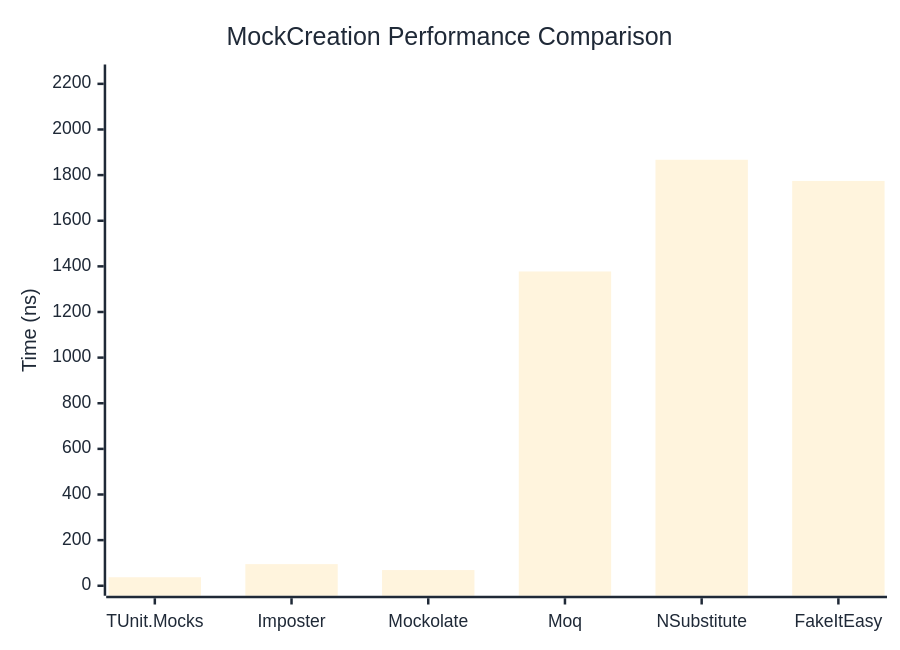
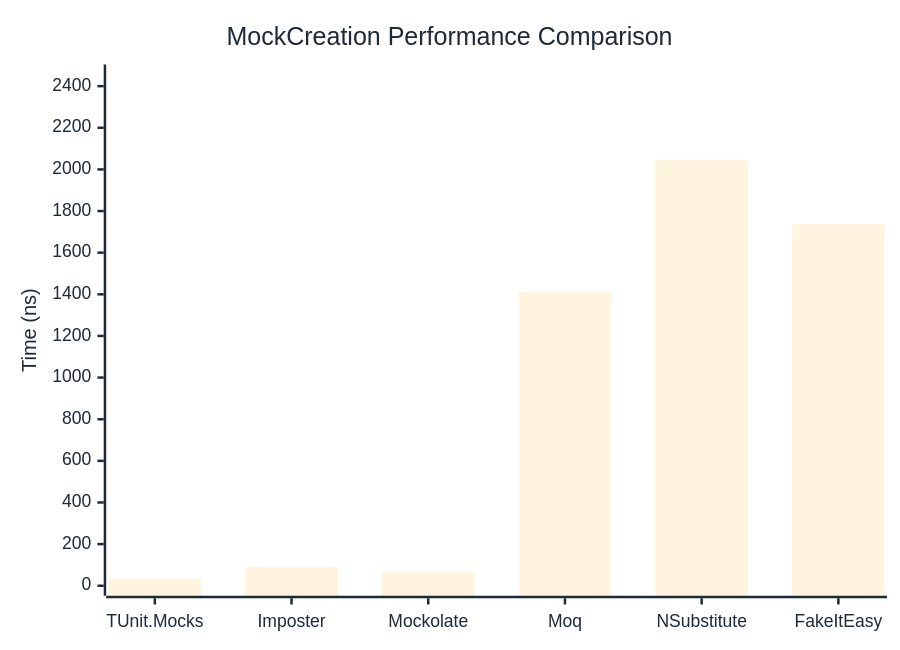
One commit to thomhurst/TUnit changed the first of 2 diagrams in docs/docs/benchmarks/mocks/MockCreation.md. Above: the diagram before and after it, drawn with Mermaid. The commit also changed other lines of this file and 14 other files, not shown here.

````diff
--- a/docs/docs/benchmarks/mocks/MockCreation.md
+++ b/docs/docs/benchmarks/mocks/MockCreation.md
@@ -28,27 +28,27 @@
 ```mermaid
 %%{init: {
   'theme':'base',
   'themeVariables': {
     'primaryColor': '#2563eb',
     'primaryTextColor': '#1f2937',
     'primaryBorderColor': '#1e40af',
     'lineColor': '#6b7280',
     'secondaryColor': '#7c3aed',
     'tertiaryColor': '#dc2626',
     'background': '#ffffff',
     'pie1': '#2563eb',
     'pie2': '#7c3aed',
     'pie3': '#dc2626',
     'pie4': '#f59e0b',
     'pie5': '#10b981',
     'pie6': '#06b6d4',
     'pie7': '#ec4899',
     'pie8': '#6366f1'
   }
 }}%%
 xychart-beta
   title "MockCreation Performance Comparison"
   x-axis ["TUnit.Mocks", "Imposter", "Mockolate", "Moq", "NSubstitute", "FakeItEasy"]
-  y-axis "Time (ns)" 0 --> 2241
-  bar [37.32, 94.75, 68.77, 1377.57, 1867.26, 1774.46]
+  y-axis "Time (ns)" 0 --> 2456
+  bar [35.02, 90.61, 63.79, 1410.77, 2046.34, 1736.46]
 ```
````
